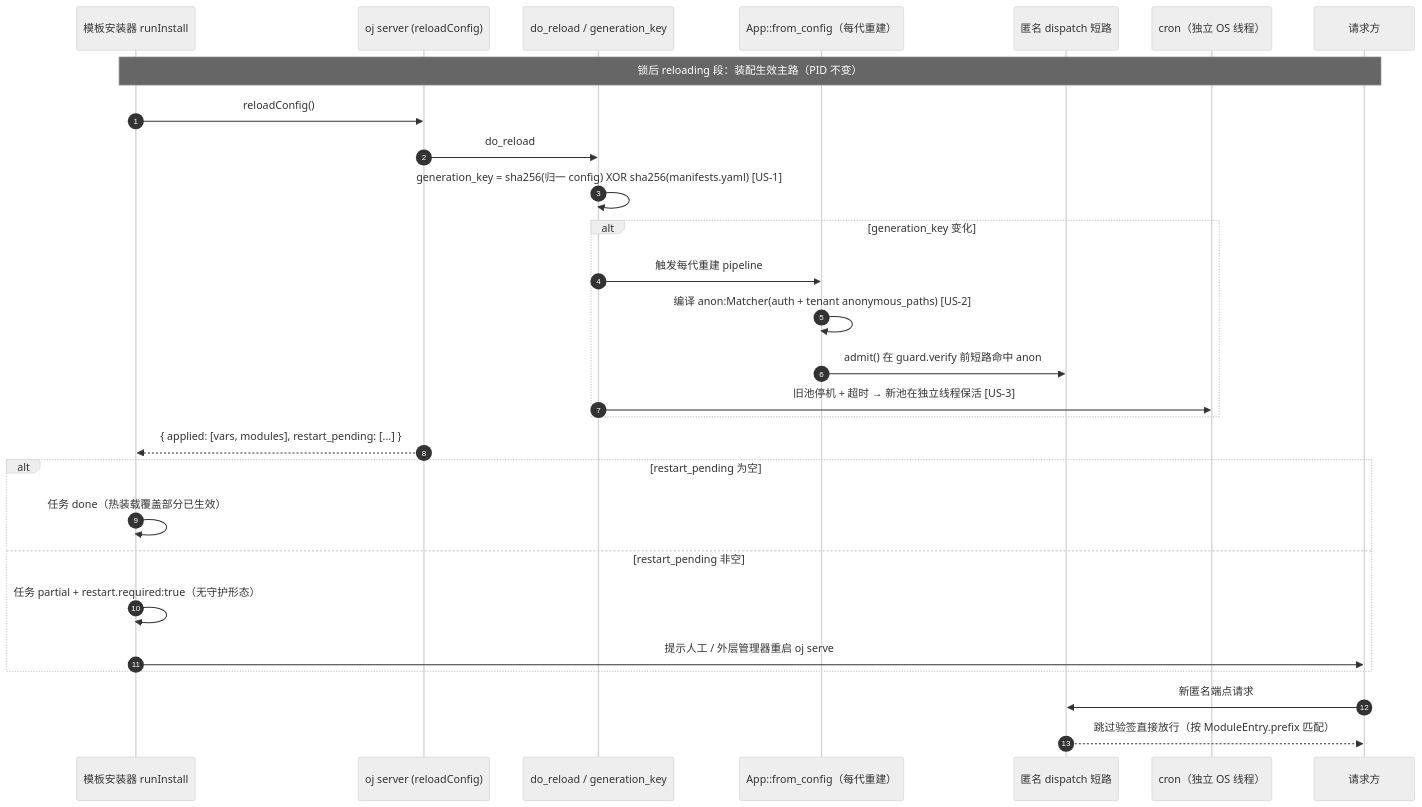
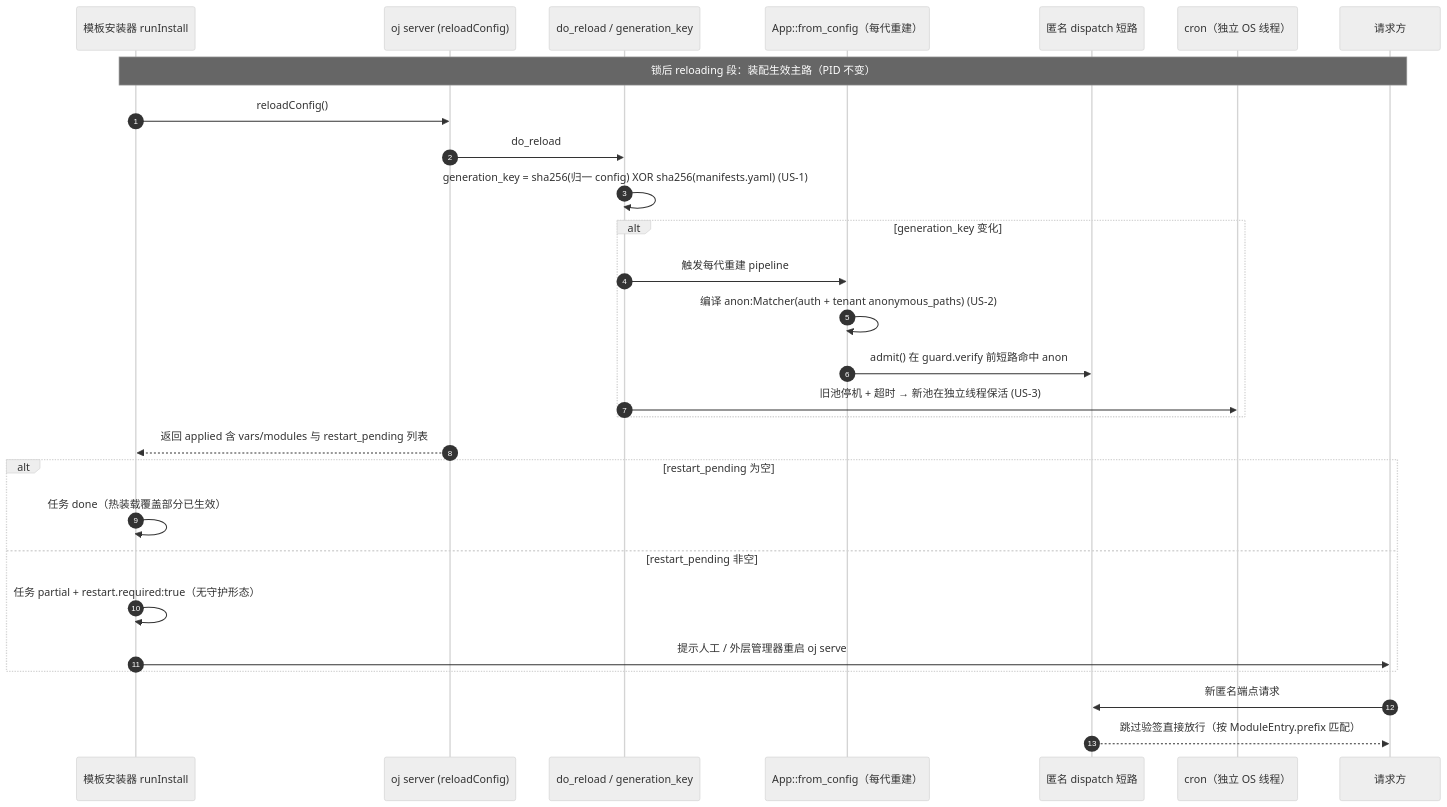
The first of 3 diagrams in docs/plans/20261105-upstream-oj-pr.md (everpan/oj-module), drawn with Mermaid (neutral theme) before and after one commit. The commit also changed other lines of this file, not shown here.

Commit message:
fix(docs): 修复上游 PR 文档 mermaid 解析错误
- 7.2 菱形判定节点文本内 [US-4] 被当矩形语法，移除
- 7.1 时序图消息文本内 [US-x] 与 {applied:[...]} 游离括号改为安全写法
  （部分严格渲染器将 [ / { 当节点语法解析），避免 Parse error

````diff
--- a/docs/plans/20261105-upstream-oj-pr.md
+++ b/docs/plans/20261105-upstream-oj-pr.md
@@ -109,31 +109,31 @@
 ```mermaid
 sequenceDiagram
     autonumber
     participant T as 模板安装器 runInstall
     participant API as oj server (reloadConfig)
     participant RL as do_reload / generation_key
     participant APP as App::from_config（每代重建）
     participant DISP as 匿名 dispatch 短路
     participant CRON as cron（独立 OS 线程）
     participant CL as 请求方
 
     Note over T,CL: 锁后 reloading 段：装配生效主路（PID 不变）
     T->>API: reloadConfig()
     API->>RL: do_reload
-    RL->>RL: generation_key = sha256(归一 config) XOR sha256(manifests.yaml) [US-1]
+    RL->>RL: generation_key = sha256(归一 config) XOR sha256(manifests.yaml) (US-1)
     alt generation_key 变化
         RL->>APP: 触发每代重建 pipeline
-        APP->>APP: 编译 anon:Matcher(auth + tenant anonymous_paths) [US-2]
+        APP->>APP: 编译 anon:Matcher(auth + tenant anonymous_paths) (US-2)
         APP->>DISP: admit() 在 guard.verify 前短路命中 anon
-        RL->>CRON: 旧池停机 + 超时 → 新池在独立线程保活 [US-3]
+        RL->>CRON: 旧池停机 + 超时 → 新池在独立线程保活 (US-3)
     end
-    API-->>T: { applied: [vars, modules], restart_pending: [...] }
+    API-->>T: 返回 applied 含 vars/modules 与 restart_pending 列表
     alt restart_pending 为空
         T->>T: 任务 done（热装载覆盖部分已生效）
     else restart_pending 非空
         T->>T: 任务 partial + restart.required:true（无守护形态）
         T->>CL: 提示人工 / 外层管理器重启 oj serve
     end
     CL->>DISP: 新匿名端点请求
     DISP-->>CL: 跳过验签直接放行（按 ModuleEntry.prefix 匹配）
 ```
````
